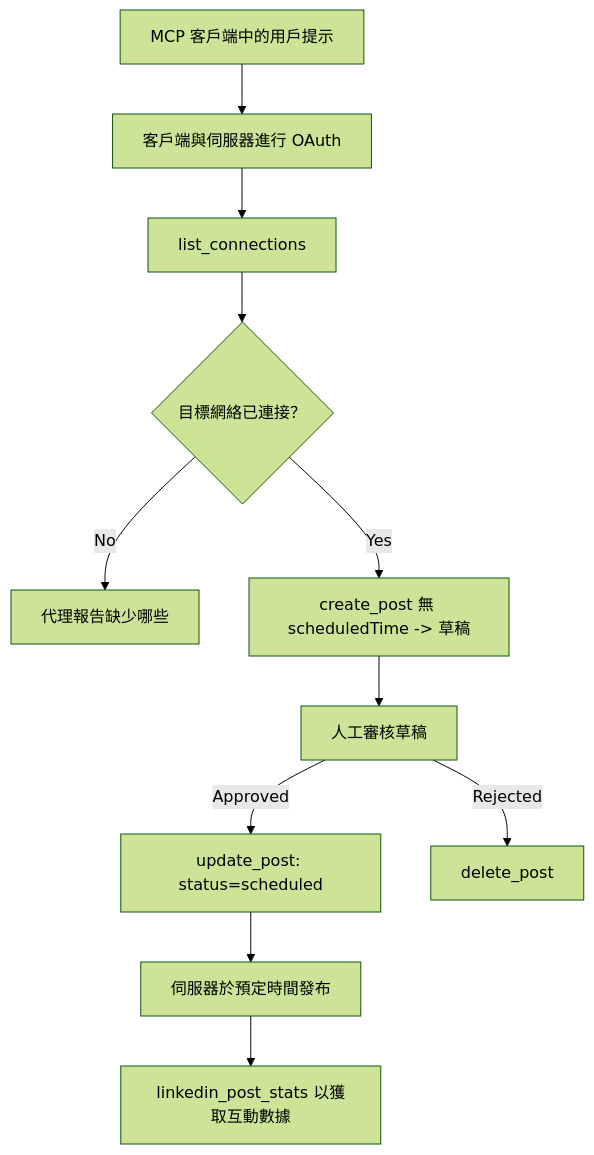
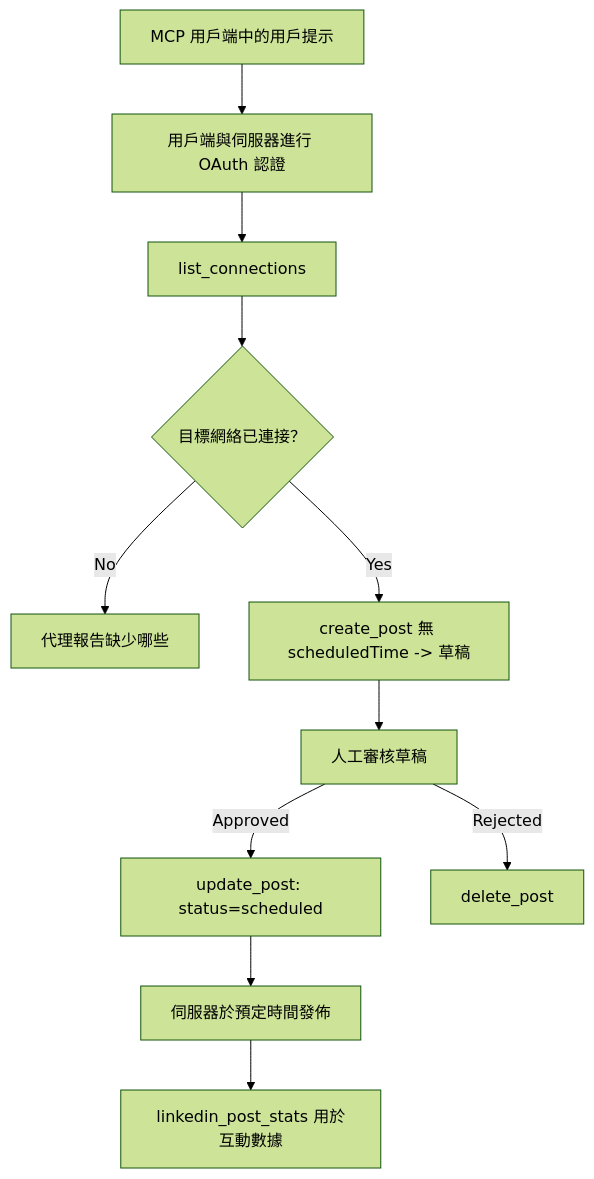
Before and after one commit to microsoft/mcp-for-beginners: the diagram in translations/zh-MO/09-CaseStudy/publora-social-publishing.md, drawn with Mermaid (forest theme). The commit also changed other lines of this file and 103 other files, not shown here.

````diff
--- a/translations/zh-MO/09-CaseStudy/publora-social-publishing.md
+++ b/translations/zh-MO/09-CaseStudy/publora-social-publishing.md
@@ -47,13 +47,13 @@
 ```mermaid
 flowchart TD
-    A[MCP 客戶端中的用戶提示] --> B[客戶端與伺服器進行 OAuth]
+    A[MCP 用戶端中的用戶提示] --> B[用戶端與伺服器進行 OAuth 認證]
     B --> C[list_connections]
     C --> D{目標網絡已連接？}
     D -- No --> E[代理報告缺少哪些]
     D -- Yes --> F[create_post 無 scheduledTime -> 草稿]
     F --> G[人工審核草稿]
     G -- Approved --> H[update_post: status=scheduled]
     G -- Rejected --> I[delete_post]
-    H --> J[伺服器於預定時間發布]
-    J --> K[linkedin_post_stats 以獲取互動數據]
+    H --> J[伺服器於預定時間發佈]
+    J --> K[linkedin_post_stats 用於互動數據]
 ```
````
